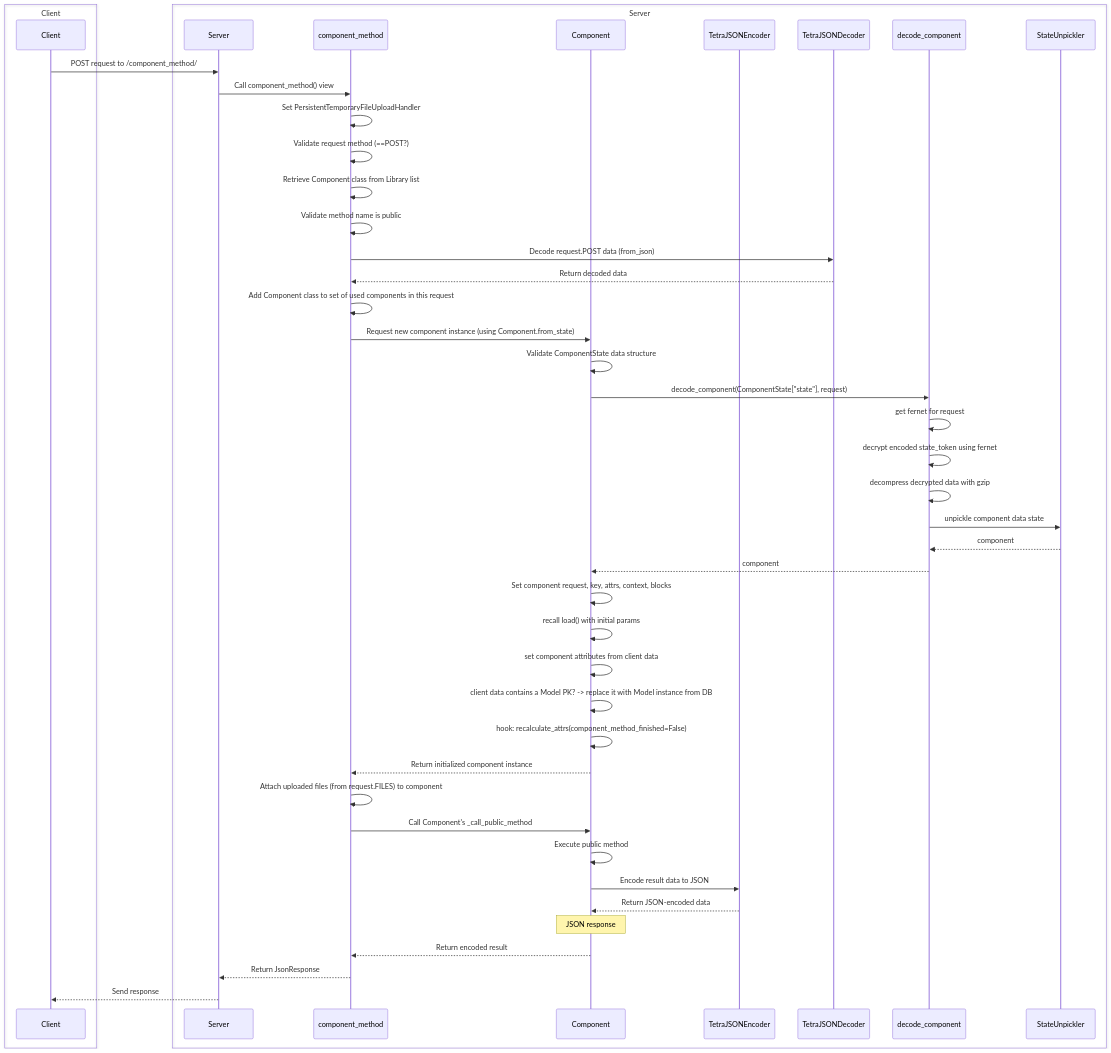
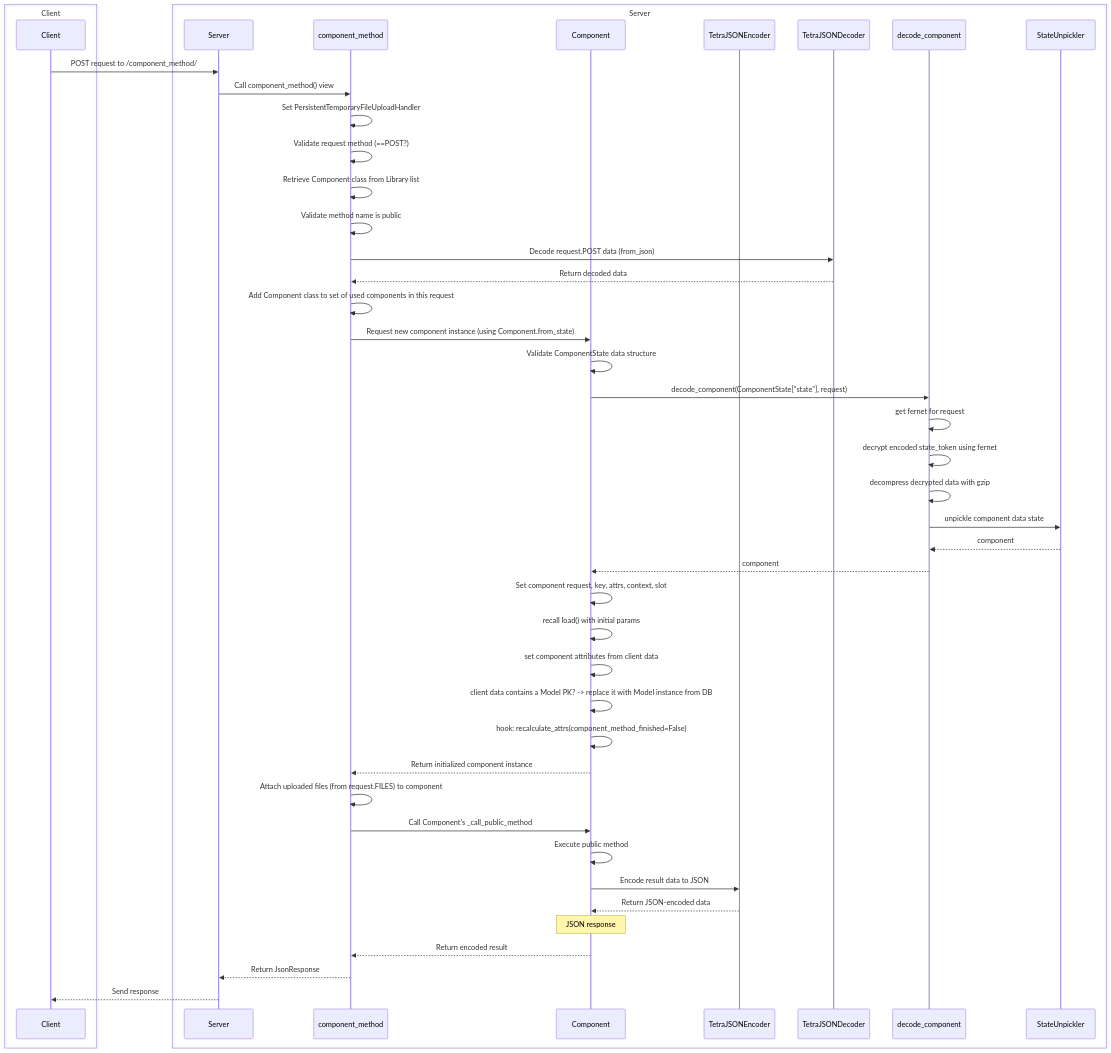
The diagram in docs/component-life-cycle.md (tetra-framework/tetra), drawn with Mermaid before and after one commit. The commit also changed 16 other files, not shown here.

````diff
--- a/docs/component-life-cycle.md
+++ b/docs/component-life-cycle.md
@@ -59,58 +59,58 @@
 ```mermaid
 sequenceDiagram
   box Client
   participant Client  
   end
 
   box Server
   participant Server  
   participant component_method  
   participant Component  
   participant TetraJSONEncoder  
   participant TetraJSONDecoder  
   participant decode_component  
   participant StateUnpickler 
   end
 
   Client->> Server: POST request to /component_method/
   Server ->> component_method: Call component_method() view
   component_method ->> component_method: Set PersistentTemporaryFileUploadHandler
   component_method ->> component_method: Validate request method (==POST?)
   component_method ->> component_method: Retrieve Component class from Library list
   component_method ->> component_method: Validate method name is public
   component_method ->> TetraJSONDecoder: Decode request.POST data (from_json)
   TetraJSONDecoder -->> component_method: Return decoded data
   component_method ->> component_method: Add Component class to set of used components in this request
   component_method ->> Component: Request new component instance (using Component.from_state)
   Component ->> Component: Validate ComponentState data structure
 
   Component ->> decode_component: decode_component(ComponentState["state"], request)
   decode_component ->> decode_component: get fernet for request
   decode_component ->> decode_component: decrypt encoded state_token using fernet
   decode_component ->> decode_component: decompress decrypted data with gzip
   decode_component ->> StateUnpickler: unpickle component data state
   StateUnpickler -->> decode_component: component
   decode_component -->> Component: component
 
-  Component ->> Component: Set component request, key, attrs, context, blocks
+  Component ->> Component: Set component request, key, attrs, context, slot
   Component ->> Component: recall load() with initial params
   Component ->> Component: set component attributes from client data
   Component ->> Component: client data contains a Model PK? -> replace it with Model instance from DB
   Component ->> Component: hook: recalculate_attrs(component_method_finished=False)
   Component -->> component_method: Return initialized component instance
 
 
   component_method ->> component_method: Attach uploaded files (from request.FILES) to component
   component_method ->> Component: Call Component's _call_public_method
   Component ->> Component: Execute public method
 
   Component ->> TetraJSONEncoder: Encode result data to JSON
   TetraJSONEncoder -->> Component: Return JSON-encoded data
 
   Note over Component: JSON response
   Component -->> component_method: Return encoded result
   component_method -->> Server: Return JsonResponse
   Server -->>Client: Send response
 
 
 ```
````
